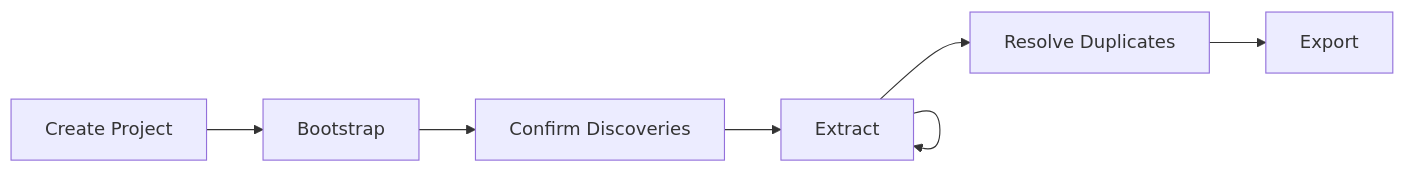
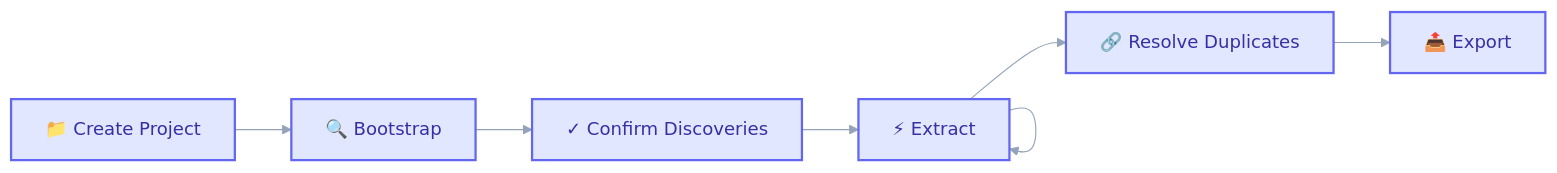
One commit to costiash/CognivAgent changed the first of 2 diagrams in guides/knowledge-graph.md. Above: the diagram before and after it, drawn with Mermaid. The commit also changed other lines of this file and 15 other files, not shown here.

First line of the commit message:
docs: add screenshots, demo video, and style Mermaid diagrams

````diff
--- a/guides/knowledge-graph.md
+++ b/guides/knowledge-graph.md
@@ -49,9 +49,14 @@
 ```mermaid
+%%{init: {'theme': 'base', 'themeVariables': { 'primaryColor': '#818cf8', 'primaryTextColor': '#1e1b4b', 'primaryBorderColor': '#6366f1', 'lineColor': '#94a3b8', 'secondaryColor': '#f8fafc', 'tertiaryColor': '#f1f5f9'}}}%%
 graph LR
-    A[Create Project] --> B[Bootstrap]
-    B --> C[Confirm Discoveries]
-    C --> D[Extract]
-    D --> E[Resolve Duplicates]
-    E --> F[Export]
+    A[📁 Create Project] --> B[🔍 Bootstrap]
+    B --> C[✓ Confirm Discoveries]
+    C --> D[⚡ Extract]
+    D --> E[🔗 Resolve Duplicates]
+    E --> F[📤 Export]
     D --> D
+
+    classDef step fill:#e0e7ff,stroke:#6366f1,stroke-width:2px,color:#3730a3
+
+    class A,B,C,D,E,F step
 ```
````
